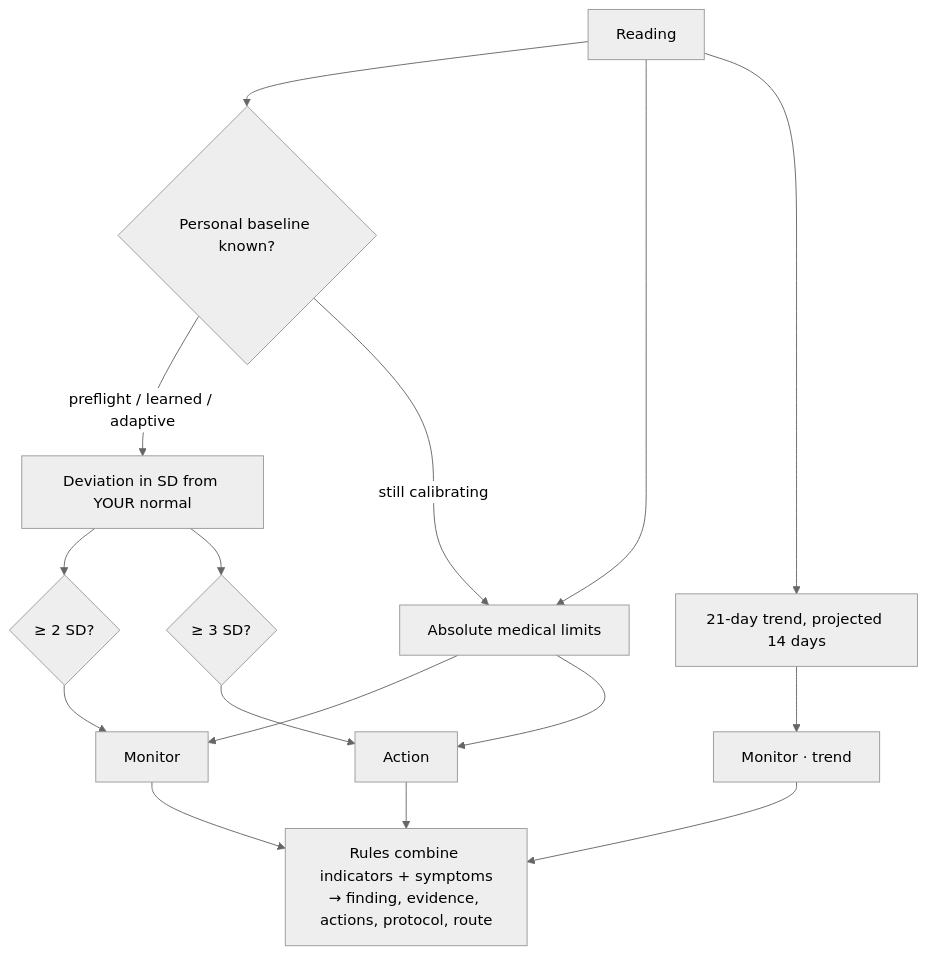
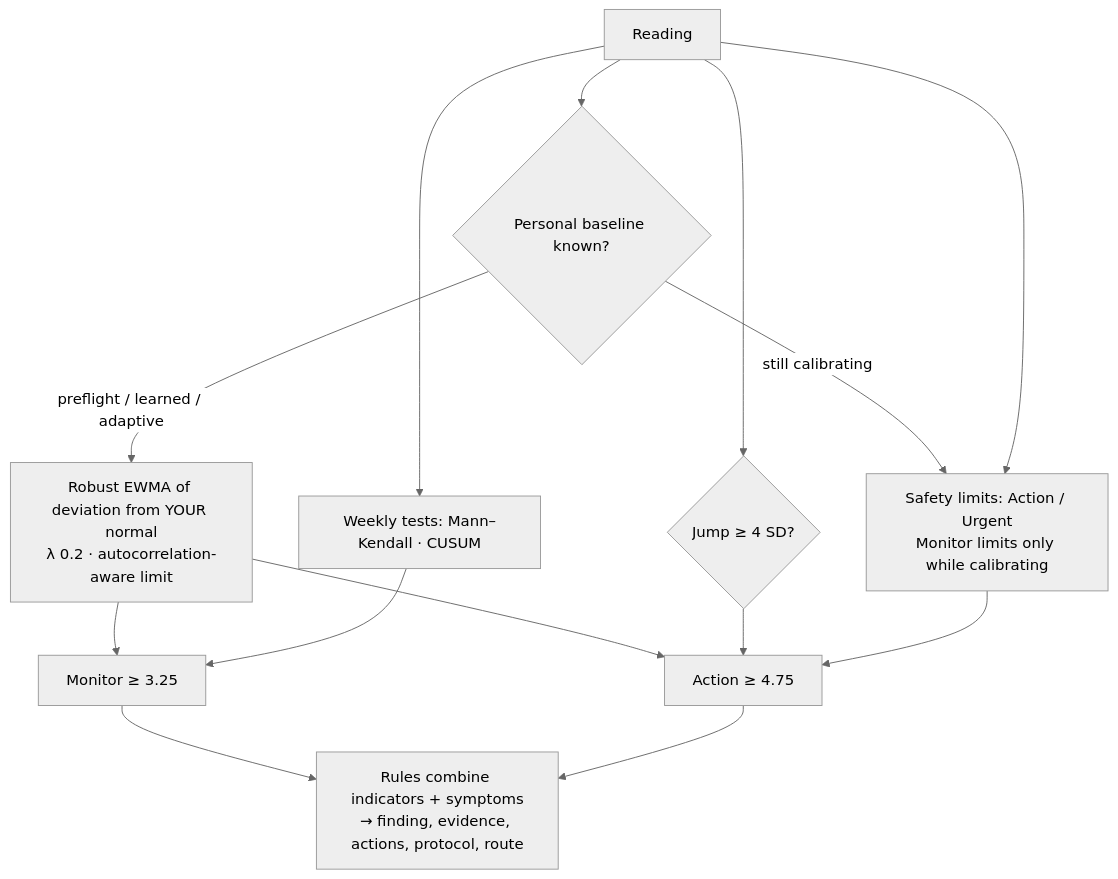
One commit to WillBettleheim/Helios changed the second of 2 diagrams in docs/ARCHITECTURE.md. Above: the diagram before and after it, drawn with Mermaid (neutral theme). The commit also changed other lines of this file and 3 other files, not shown here.

````diff
--- a/docs/ARCHITECTURE.md
+++ b/docs/ARCHITECTURE.md
@@ -47,11 +47,12 @@
 ```mermaid
 flowchart TD
   r[Reading] --> base{Personal baseline known?}
-  base -- preflight / learned / adaptive --> z[Deviation in SD from YOUR normal]
+  base -- preflight / learned / adaptive --> e[Robust EWMA of deviation from YOUR normal<br/>λ 0.2 · autocorrelation-aware limit]
   base -- still calibrating --> lim
-  z --> zmon{≥ 2 SD?} --> mon[Monitor]
-  z --> zact{≥ 3 SD?} --> act[Action]
-  r --> lim[Absolute medical limits] --> mon & act
-  r --> tr[21-day trend, projected 14 days] --> early[Monitor · trend]
-  mon & act & early --> rules[Rules combine indicators + symptoms<br/>→ finding, evidence, actions, protocol, route]
+  e --> mon[Monitor ≥ 3.25]
+  e --> act[Action ≥ 4.75]
+  r --> jump{Jump ≥ 4 SD?} --> act
+  r --> wk[Weekly tests: Mann–Kendall · CUSUM] --> mon
+  r --> lim[Safety limits: Action / Urgent<br/>Monitor limits only while calibrating] --> act
+  mon & act --> rules[Rules combine indicators + symptoms<br/>→ finding, evidence, actions, protocol, route]
 ```
````
